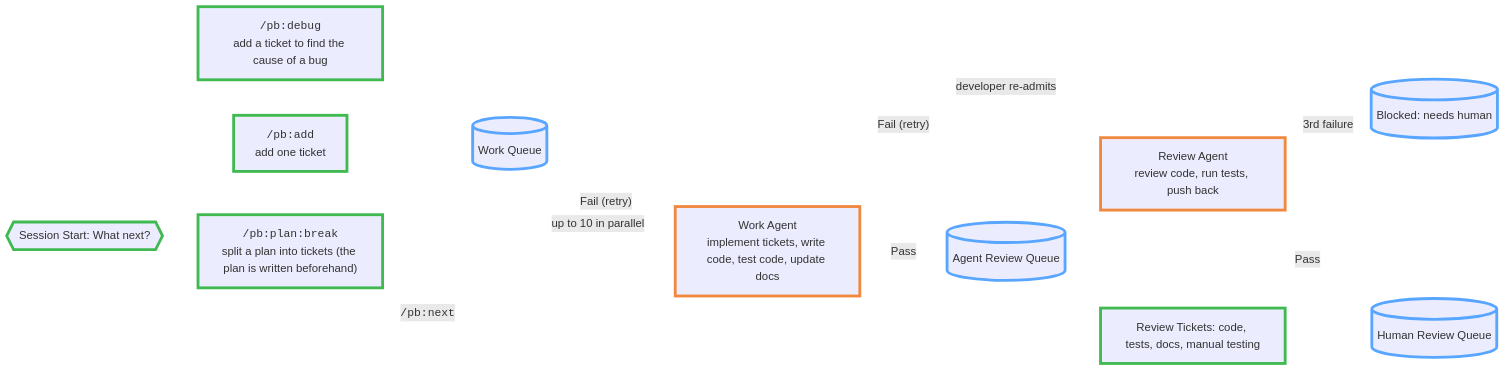
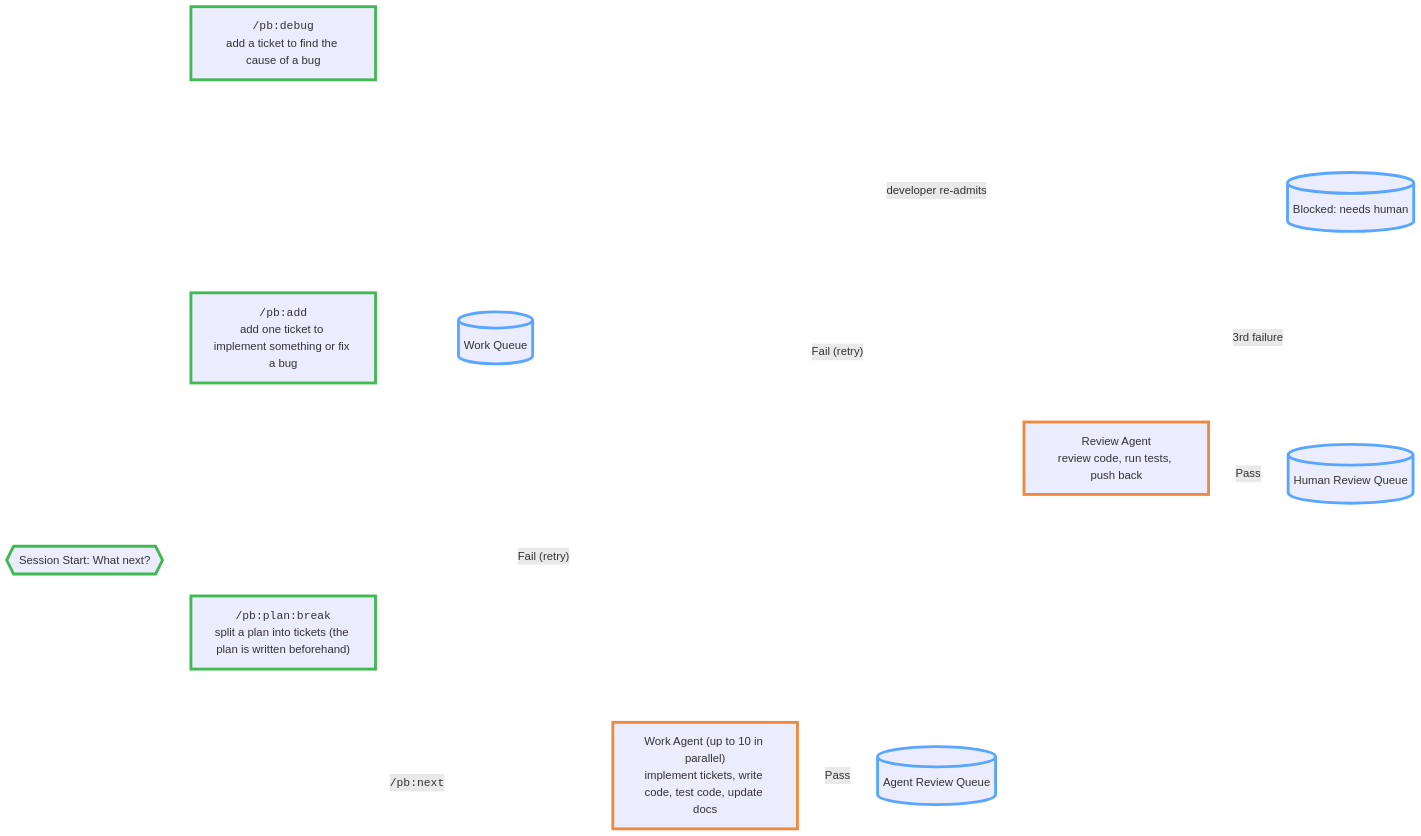
One commit to ashleydavis/playbook changed the second of 4 diagrams in handbook.md. Above: the diagram before and after it, drawn with Mermaid. The commit also changed other lines of this file, not shown here.

Commit message:
Spaced out the pipeline diagrams to suit a screen and tidied their labels
The two diagrams flowing left to right were about four times wider than tall, so GitHub shrank them until the text was hard to read. More vertical gap between boxes and less horizontal gap bring part 1 to about 1.8:1 and part 2 to about 2.3:1.

The "Review Tickets" box came out of part 1, because reviewing takes tickets out of the human review queue rather than adding them, and part 2 already shows that step as `/pb:review`. Ticket Complete has a purple border to mark where a ticket ends.

To stop labels overlapping in the new layout, "up to 10 in parallel" moved from an arrow into the Work Agent title, and the Ticket Complete arrow moved up the source so it is placed clear of the rebase retry label. The `/pb:add` box now says it is for implementing something or fixing a bug, and the Conflict Agent box says it runs tests.

````diff
--- a/handbook.md
+++ b/handbook.md
@@ -128,35 +128,33 @@
 ```mermaid
-%%{init: {'themeVariables': {'lineColor': '#ffffff'}, 'themeCSS': '.edgeLabel p { padding: 4px 8px; }'}}%%
+%%{init: {'flowchart': {'nodeSpacing': 300, 'rankSpacing': 40}, 'themeVariables': {'lineColor': '#ffffff'}, 'themeCSS': '.edgeLabel p { padding: 4px 8px; }'}}%%
 flowchart LR
     SESSION{{"Session Start: What next?"}} --> PLAN
     SESSION --> ADD_WI
     SESSION --> DEBUG
-    SESSION --> REVIEW_WI
     SESSION -->|"<span style='font-family:monospace'>/pb:next</span>"| IMPL
 
     PLAN["<span style='font-family:monospace'>/pb:plan:break</span><br/>split a plan into tickets (the plan is written beforehand)"] --> WQ
-    ADD_WI["<span style='font-family:monospace'>/pb:add</span><br/>add one ticket"] --> WQ
+    ADD_WI["<span style='font-family:monospace'>/pb:add</span><br/>add one ticket to implement something or fix a bug"] --> WQ
     DEBUG["<span style='font-family:monospace'>/pb:debug</span><br/>add a ticket to find the cause of a bug"] --> WQ
-    REVIEW_WI["Review Tickets: code, tests, docs, manual testing"] --> HR
 
-    WQ[("Work Queue")] -->|"up to 10 in parallel"| IMPL
+    WQ[("Work Queue")] --> IMPL
 
-    IMPL["Work Agent<br/>implement tickets, write code, test code, update docs"]
+    IMPL["Work Agent (up to 10 in parallel)<br/>implement tickets, write code, test code, update docs"]
 
     CHK["Review Agent<br/>review code, run tests, push back"]
 
     IMPL -->|Pass| AR[("Agent Review Queue")]
     AR --> CHK
     CHK -->|"Fail (retry)"| WQ
     CHK -->|"3rd failure"| BLK[("Blocked: needs human")]
     CHK -->|Pass| HR[("Human Review Queue")]
     IMPL -->|"Fail (retry)"| WQ
     BLK -->|"developer re-admits"| WQ
     classDef queue stroke:#58a6ff,stroke-width:4px
     class WQ,AR,HR,BLK queue
     classDef human stroke:#3fb950,stroke-width:4px
     classDef agent stroke:#f0883e,stroke-width:4px
-    class SESSION,PLAN,ADD_WI,DEBUG,REVIEW_WI human
+    class SESSION,PLAN,ADD_WI,DEBUG human
     class IMPL,CHK agent
     linkStyle default stroke:#ffffff,stroke-width:2px
 ```
````
